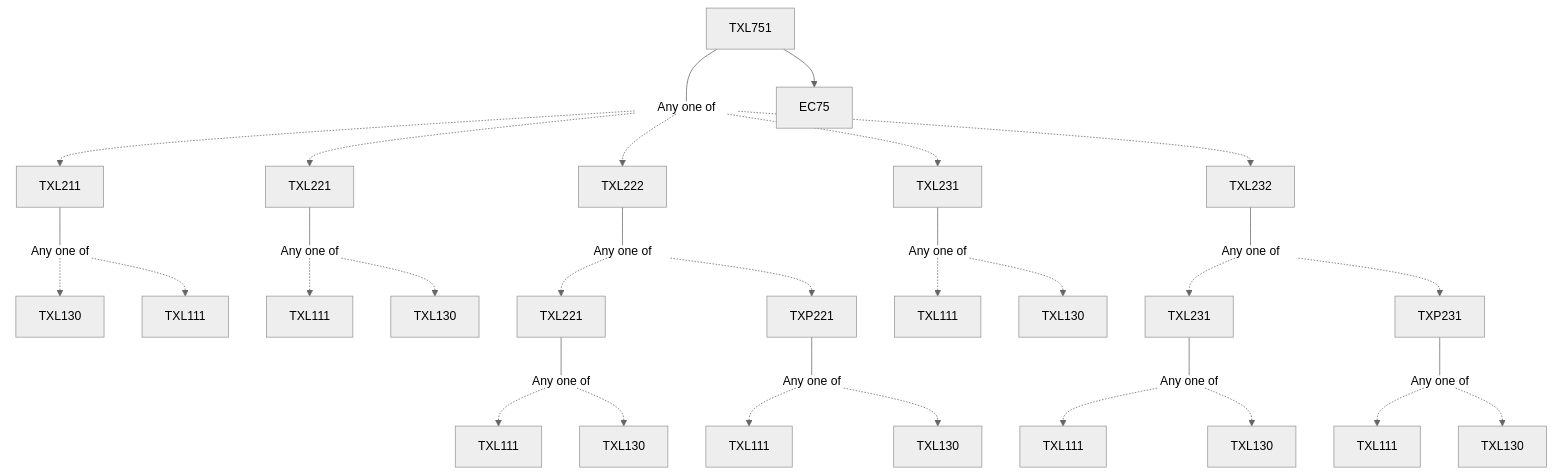
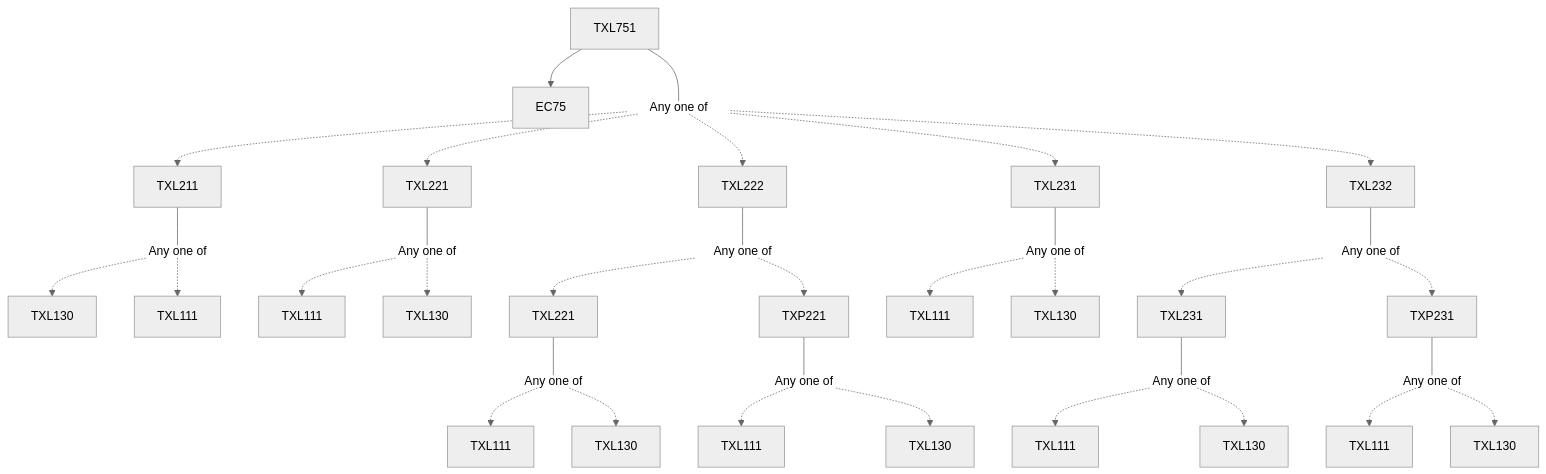
The diagram in content/Textile and Fibre Engineering/TXL751.md (KeshavBansal0122/CoS_Website), drawn with Mermaid (neutral theme) before and after one commit. The commit also changed other lines of this file and 2662 other files, not shown here.

````diff
--- a/content/Textile and Fibre Engineering/TXL751.md
+++ b/content/Textile and Fibre Engineering/TXL751.md
@@ -13,41 +13,41 @@
 ```mermaid
 flowchart TD
 TXL751-1719[TXL751]
+TXL751-1719 --> EC75-1719[EC75]
 TXL751-1719 --- Or1720[Any one of]:::empty
 Or1720 -.-> TXL211-1721[TXL211]
 TXL211-1721 --- Or1722[Any one of]:::empty
 Or1722 -.-> TXL130-1723[TXL130]
 Or1722 -.-> TXL111-1724[TXL111]
 TXL221-1725 --- Or1726[Any one of]:::empty
 Or1726 -.-> TXL111-1727[TXL111]
 Or1726 -.-> TXL130-1728[TXL130]
 Or1720 -.-> TXL221-1725[TXL221]
-Or1720 -.-> TXL222-1729[TXL222]
 TXL222-1729 --- Or1730[Any one of]:::empty
 TXL221-1731 --- Or1732[Any one of]:::empty
 Or1732 -.-> TXL111-1733[TXL111]
 Or1732 -.-> TXL130-1734[TXL130]
 Or1730 -.-> TXL221-1731[TXL221]
-Or1730 -.-> TXP221-1735[TXP221]
 TXP221-1735 --- Or1736[Any one of]:::empty
 Or1736 -.-> TXL111-1737[TXL111]
 Or1736 -.-> TXL130-1738[TXL130]
+Or1730 -.-> TXP221-1735[TXP221]
+Or1720 -.-> TXL222-1729[TXL222]
+Or1720 -.-> TXL231-1739[TXL231]
 TXL231-1739 --- Or1740[Any one of]:::empty
 Or1740 -.-> TXL111-1741[TXL111]
 Or1740 -.-> TXL130-1742[TXL130]
-Or1720 -.-> TXL231-1739[TXL231]
 Or1720 -.-> TXL232-1743[TXL232]
 TXL232-1743 --- Or1744[Any one of]:::empty
 Or1744 -.-> TXL231-1745[TXL231]
 TXL231-1745 --- Or1746[Any one of]:::empty
 Or1746 -.-> TXL111-1747[TXL111]
 Or1746 -.-> TXL130-1748[TXL130]
 Or1744 -.-> TXP231-1749[TXP231]
 TXP231-1749 --- Or1750[Any one of]:::empty
 Or1750 -.-> TXL111-1751[TXL111]
 Or1750 -.-> TXL130-1752[TXL130]
-TXL751-1719 --> EC75-1719[EC75]
 
 classDef empty height:17px, fill:transparent, stroke:transparent;
 classDef trueEmpty height:0px, width:0px;
 ```
````
